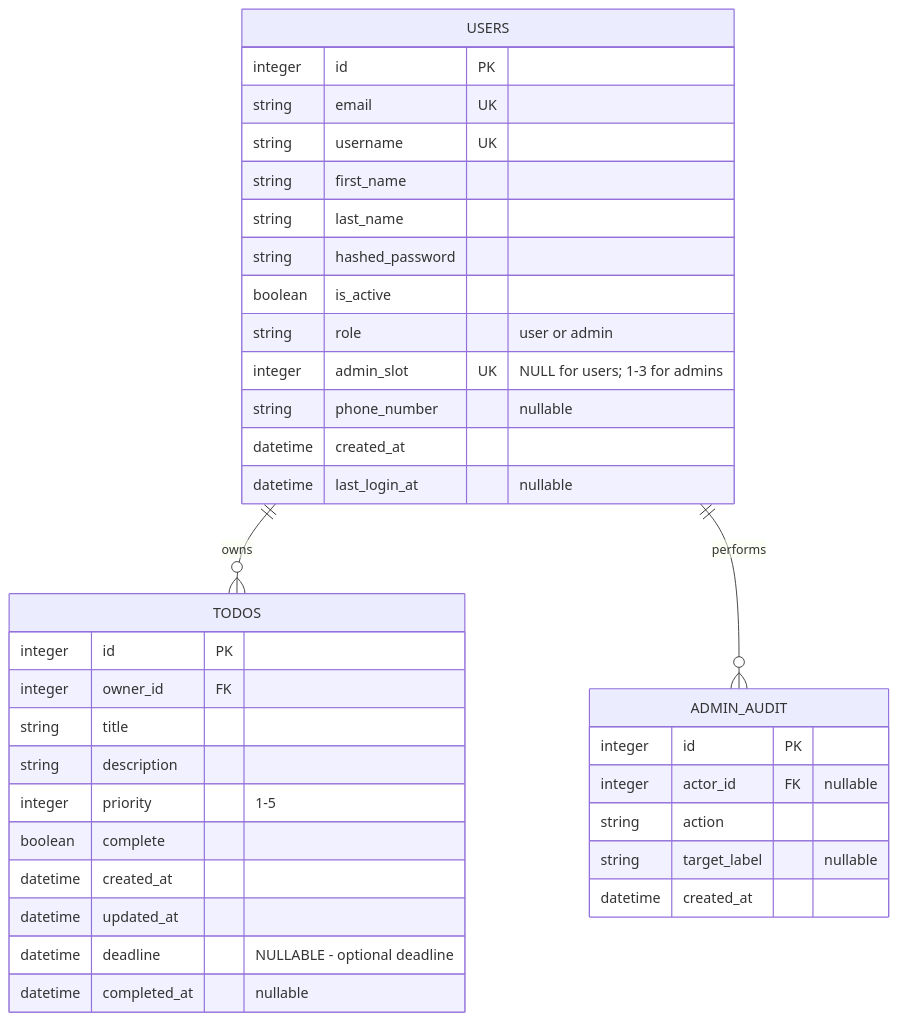
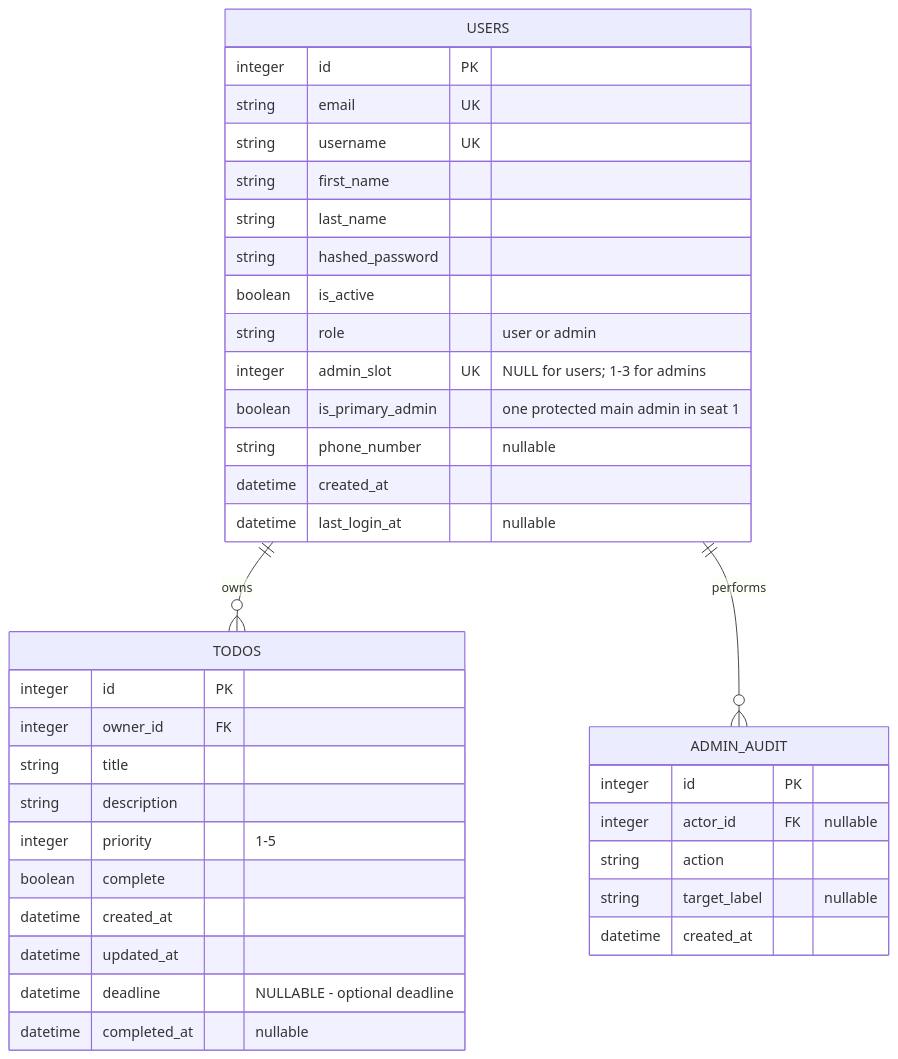
The diagram in docs/ER_DIAGRAM.md (husseinAlomar2024/Yonjiz), drawn with Mermaid before and after one commit. The commit also changed other lines of this file and 32 other files, not shown here.

Commit message:
Rebrand as YONJIZ and add protected main admin

````diff
--- a/docs/ER_DIAGRAM.md
+++ b/docs/ER_DIAGRAM.md
@@ -24,41 +24,42 @@
 ```mermaid
 erDiagram
     USERS ||--o{ TODOS : owns
     USERS ||--o{ ADMIN_AUDIT : performs
 
     USERS {
         integer id PK
         string email UK
         string username UK
         string first_name
         string last_name
         string hashed_password
         boolean is_active
         string role "user or admin"
         integer admin_slot UK "NULL for users; 1-3 for admins"
+        boolean is_primary_admin "one protected main admin in seat 1"
         string phone_number "nullable"
         datetime created_at
         datetime last_login_at "nullable"
     }
 
     TODOS {
         integer id PK
         integer owner_id FK
         string title
         string description
         integer priority "1-5"
         boolean complete
         datetime created_at
         datetime updated_at
         datetime deadline "NULLABLE - optional deadline"
         datetime completed_at "nullable"
     }
 
     ADMIN_AUDIT {
         integer id PK
         integer actor_id FK "nullable"
         string action
         string target_label "nullable"
         datetime created_at
     }
 ```
````
